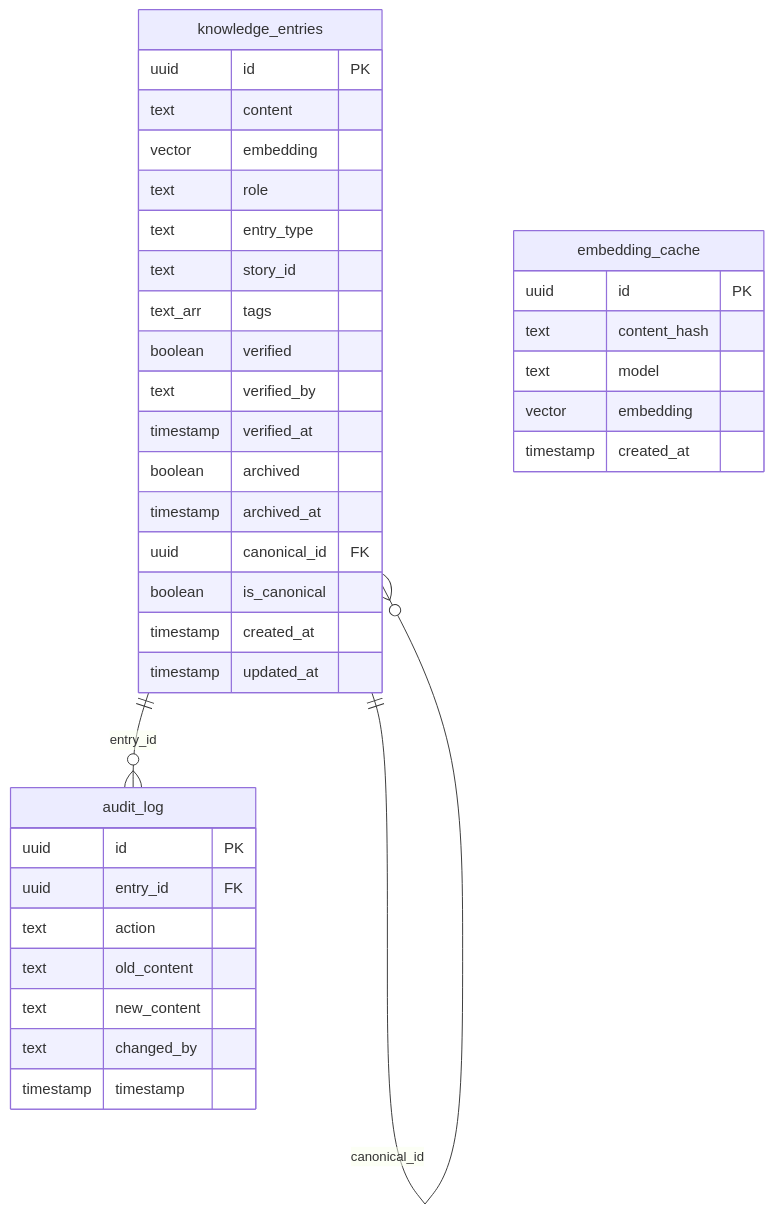
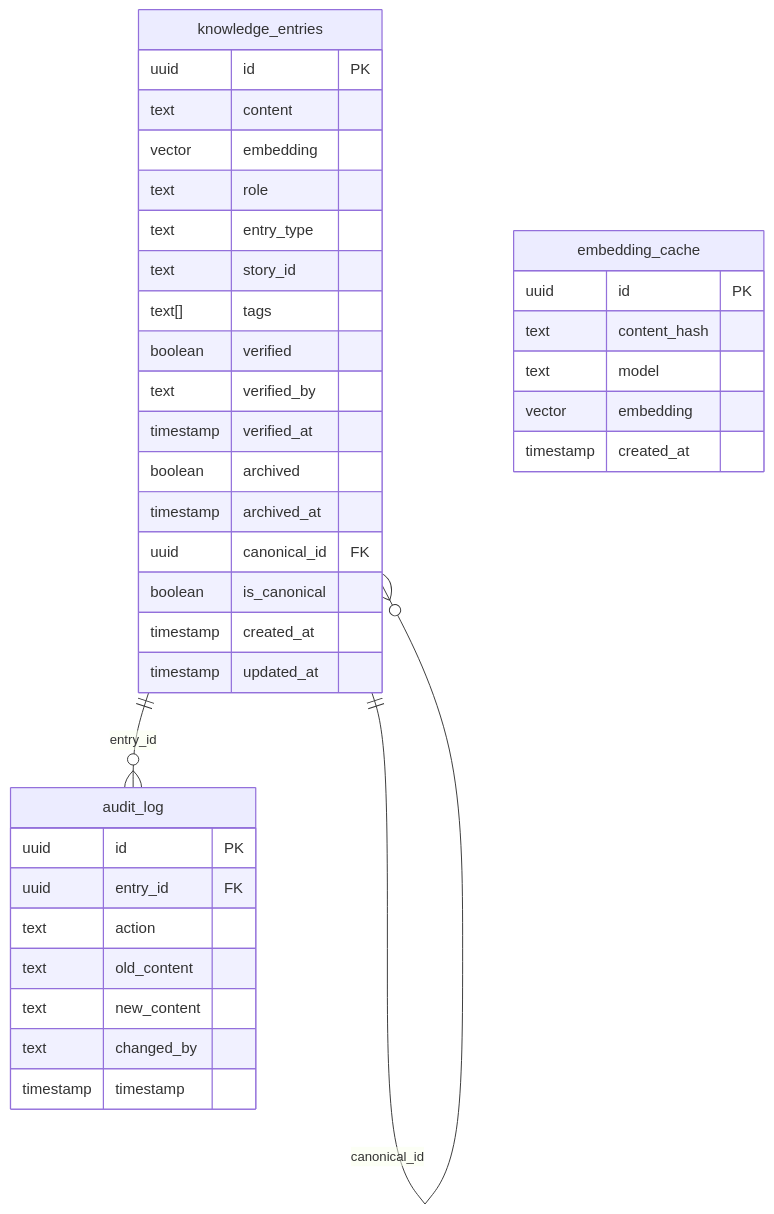
One commit to michael-menard/monorepo changed the third of 6 diagrams in knowledgebase-erd.md. Above: the diagram before and after it, drawn with Mermaid. The commit also changed other lines of this file and 155 other files, not shown here.

````diff
--- a/knowledgebase-erd.md
+++ b/knowledgebase-erd.md
@@ -201,42 +201,42 @@
 ```mermaid
 erDiagram
     knowledge_entries ||--o{ audit_log : "entry_id"
     knowledge_entries ||--o{ knowledge_entries : "canonical_id"
 
     knowledge_entries {
         uuid id PK
         text content
         vector embedding
         text role
         text entry_type
         text story_id
-        text_arr tags
+        text[] tags
         boolean verified
         text verified_by
         timestamp verified_at
         boolean archived
         timestamp archived_at
         uuid canonical_id FK
         boolean is_canonical
         timestamp created_at
         timestamp updated_at
     }
 
     audit_log {
         uuid id PK
         uuid entry_id FK
         text action
         text old_content
         text new_content
         text changed_by
         timestamp timestamp
     }
 
     embedding_cache {
         uuid id PK
         text content_hash
         text model
         vector embedding
         timestamp created_at
     }
 ```
````
